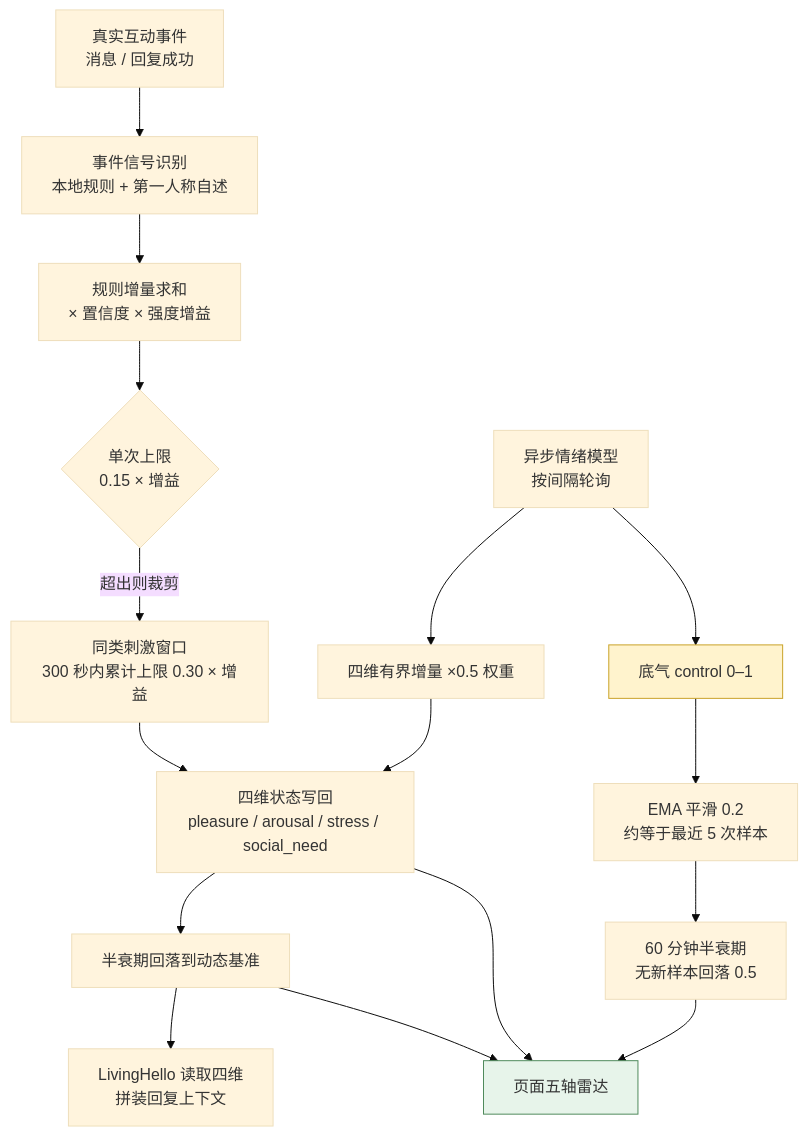
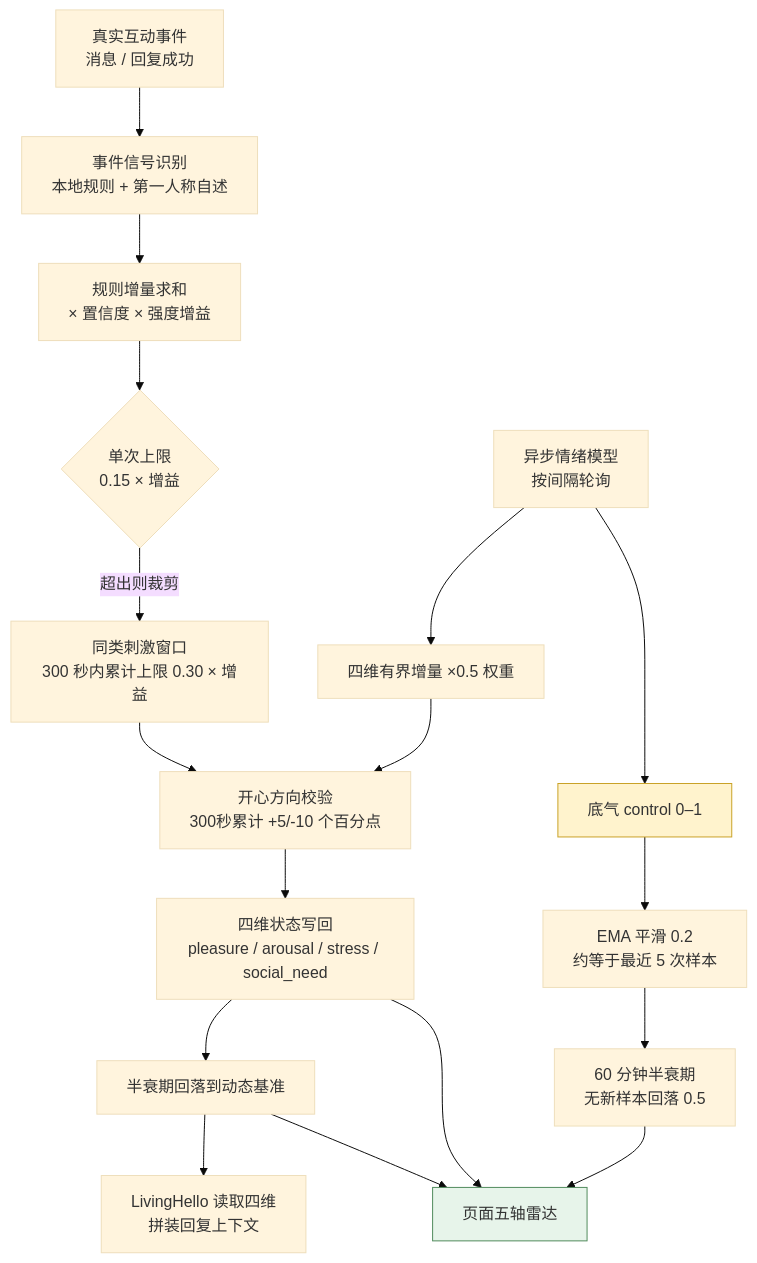
One commit to AKIhunter/astrbot_plugin_livingemotion changed the first of 2 diagrams in docs/emotion-five-dimension.md. Above: the diagram before and after it, drawn with Mermaid (base theme). The commit also changed other lines of this file and 68 other files, not shown here.

````diff
--- a/docs/emotion-five-dimension.md
+++ b/docs/emotion-five-dimension.md
@@ -19,22 +23,23 @@
 ```mermaid
 flowchart TD
     A[真实互动事件<br/>消息 / 回复成功] --> B[事件信号识别<br/>本地规则 + 第一人称自述]
     B --> C[规则增量求和<br/>× 置信度 × 强度增益]
     C --> D{单次上限<br/>0.15 × 增益}
     D -->|超出则裁剪| E[同类刺激窗口<br/>300 秒内累计上限 0.30 × 增益]
-    E --> F[四维状态写回<br/>pleasure / arousal / stress / social_need]
+    E --> W[开心方向校验<br/>300秒累计 +5/-10 个百分点]
+    W --> F[四维状态写回<br/>pleasure / arousal / stress / social_need]
     F --> G[半衰期回落到动态基准]
     G --> H[LivingHello 读取四维<br/>拼装回复上下文]
 
     I[异步情绪模型<br/>按间隔轮询] --> J[四维有界增量 ×0.5 权重]
-    J --> F
+    J --> W
     I --> K[底气 control 0–1]
     K --> L[EMA 平滑 0.2<br/>约等于最近 5 次样本]
     L --> M[60 分钟半衰期<br/>无新样本回落 0.5]
     M --> N[页面五轴雷达]
     F --> N
     G --> N
 
     style K fill:#fff3cd,stroke:#c9a227
     style N fill:#e7f4ea,stroke:#4f8a5b
 ```
````
